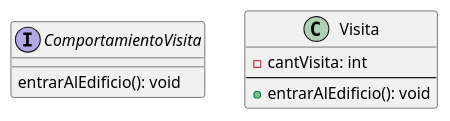
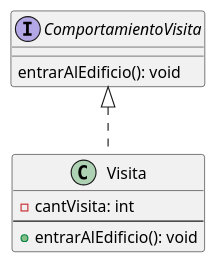
The diagram in diagrams/classes/EntregaFinal/Edificio/classComportamientoVisita.puml (alexguttlein/TP2-CarmenSandiego), drawn with PlantUML before and after one commit. The commit also changed 14 other files, not shown here.

Commit message:
Agrego ataque al jugador y algunos diagramas

```diff
--- a/diagrams/classes/EntregaFinal/Edificio/classComportamientoVisita.puml
+++ b/diagrams/classes/EntregaFinal/Edificio/classComportamientoVisita.puml
@@ -1,13 +1,15 @@
 @startuml
 
 interface ComportamientoVisita{
     entrarAlEdificio(): void
 }
 
 class Visita{
     -cantVisita: int
     --
     +entrarAlEdificio(): void
 }
 
+ComportamientoVisita <|.. Visita
+
 @enduml
```
